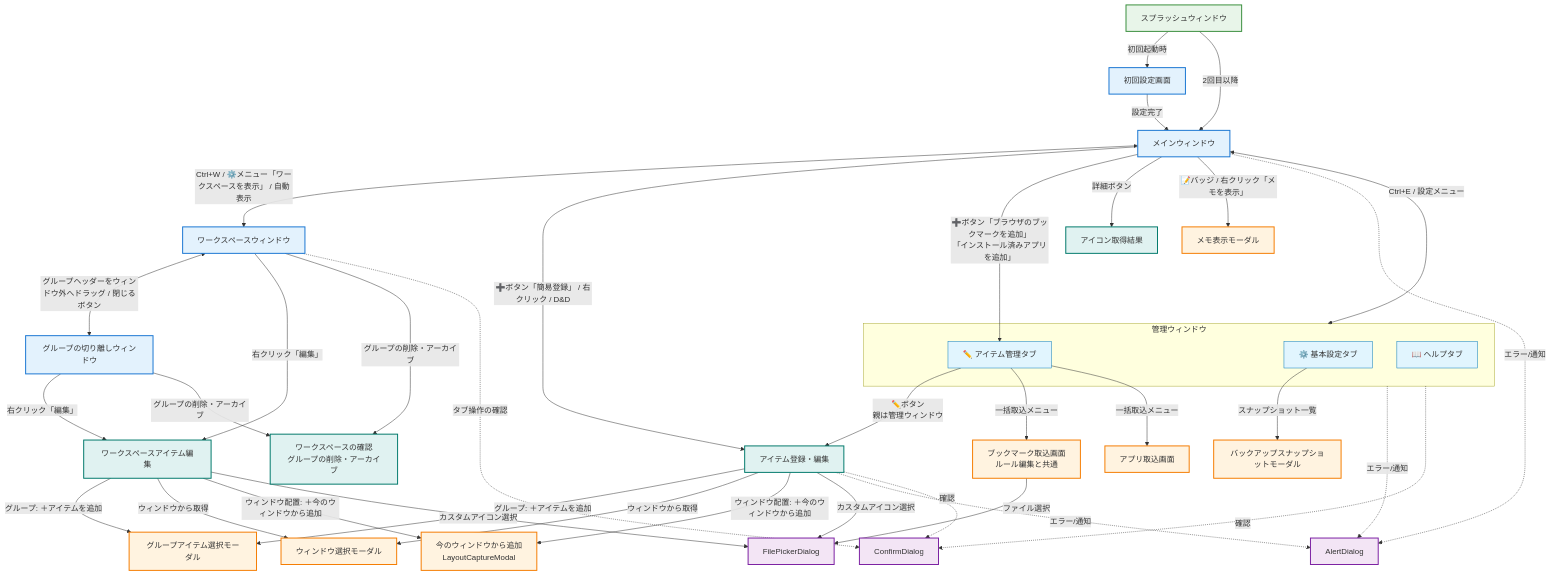
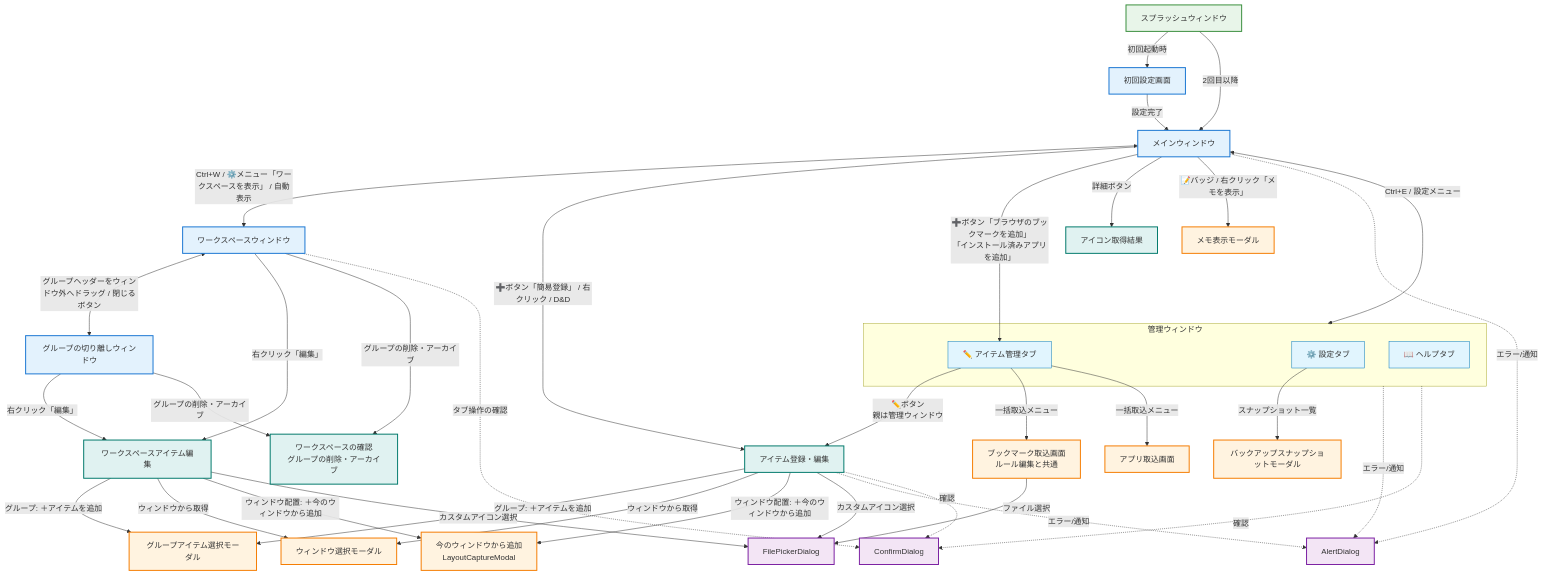
The diagram in docs/screens/screen-transitions.md (masaodev/quick-dash-launcher), drawn with Mermaid before and after one commit. The commit also changed other lines of this file and 26 other files, not shown here.

```diff
--- a/docs/screens/screen-transitions.md
+++ b/docs/screens/screen-transitions.md
@@ -15,7 +15,7 @@
 
     %% 管理ウィンドウ（タブ別）
     subgraph AdminWindow[管理ウィンドウ]
-        AdminSettings[⚙️ 基本設定タブ]
+        AdminSettings[⚙️ 設定タブ]
         AdminItems[✏️ アイテム管理タブ]
         AdminOther[📖 ヘルプタブ]
     end
```
